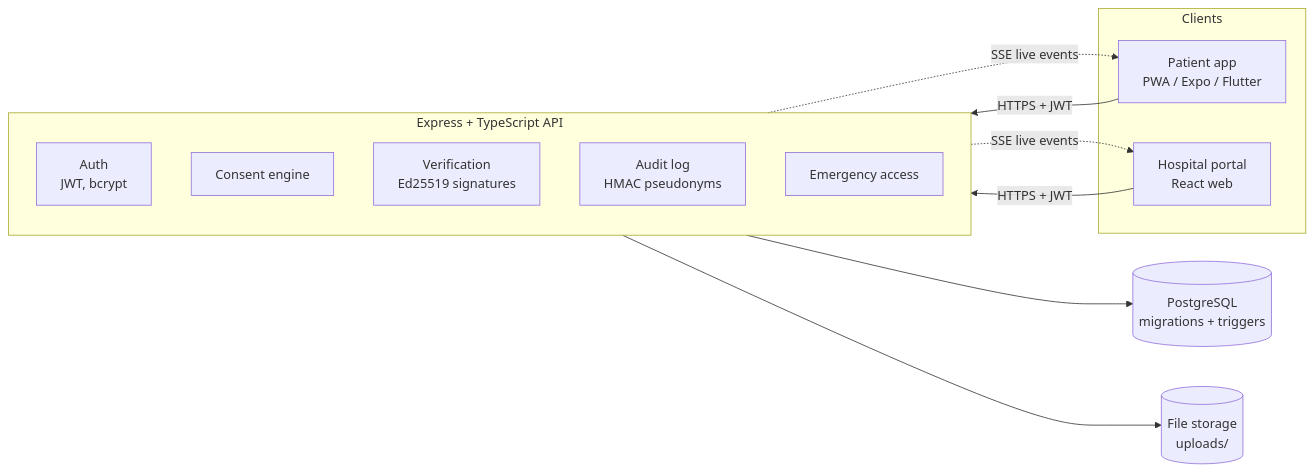
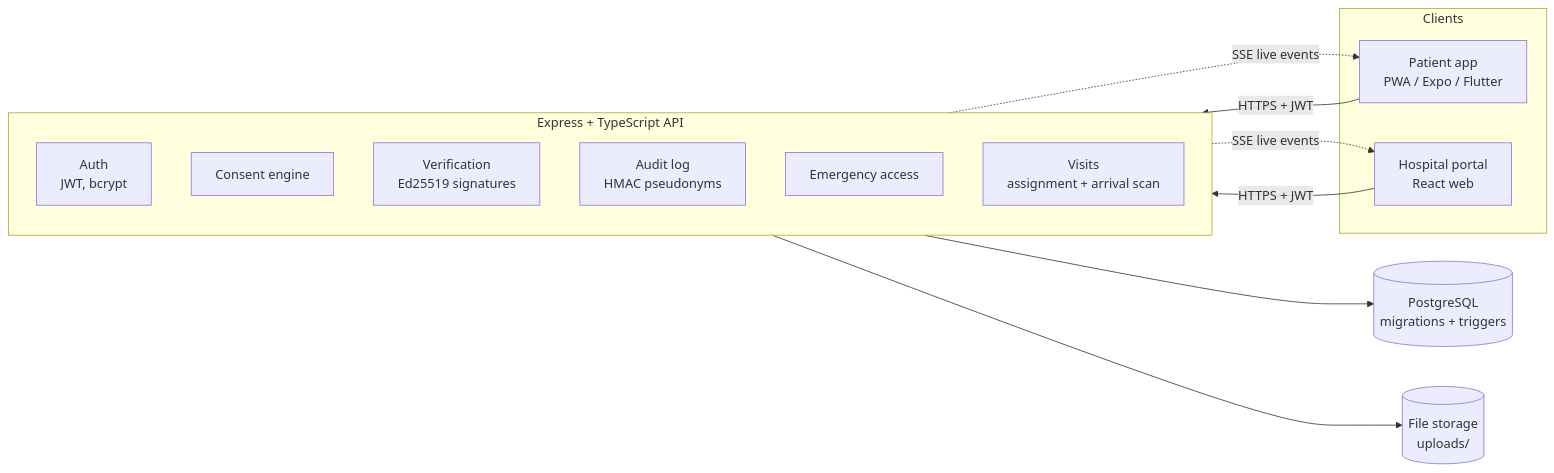
Before and after one commit to Anshib-m/Offgrid-: the first of 2 diagrams in README.md, drawn with Mermaid. The commit also changed other lines of this file, not shown here.

````diff
--- a/README.md
+++ b/README.md
@@ -68,20 +115,21 @@
 ```mermaid
 flowchart LR
   subgraph Clients
     P["Patient app<br/>PWA / Expo / Flutter"]
     H["Hospital portal<br/>React web"]
   end
   P -- "HTTPS + JWT" --> API
   H -- "HTTPS + JWT" --> API
   subgraph API["Express + TypeScript API"]
     A["Auth<br/>JWT, bcrypt"]
     C["Consent engine"]
     V["Verification<br/>Ed25519 signatures"]
     L["Audit log<br/>HMAC pseudonyms"]
     E["Emergency access"]
+    Q["Visits<br/>assignment + arrival scan"]
   end
   API --> DB[("PostgreSQL<br/>migrations + triggers")]
   API --> F[("File storage<br/>uploads/")]
   API -. "SSE live events" .-> P
   API -. "SSE live events" .-> H
 ```
````
